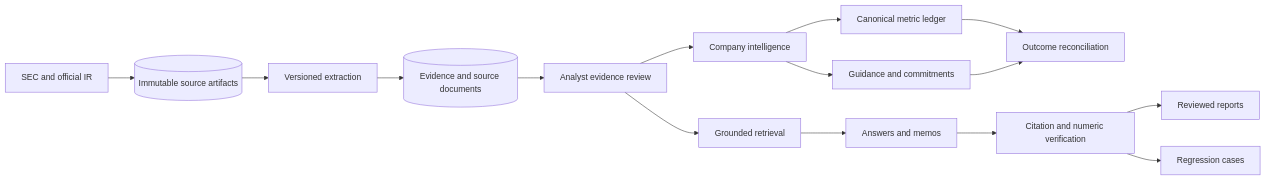
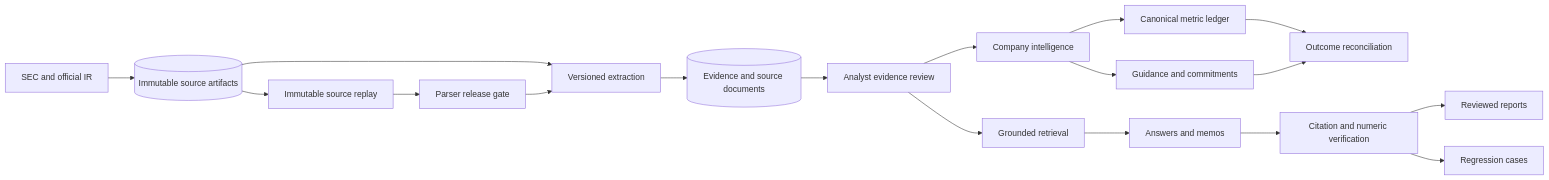
The diagram in docs/architecture/README.md (timwong101/ai-infra-terminal), drawn with Mermaid before and after one commit. The commit also changed other lines of this file and 26 other files, not shown here.

Commit message:
feat: gate parsers with real source benchmarks

````diff
--- a/docs/architecture/README.md
+++ b/docs/architecture/README.md
@@ -7,17 +7,20 @@
 ```mermaid
 flowchart LR
   SOURCES[SEC and official IR] --> ARCHIVE[(Immutable source artifacts)]
   ARCHIVE --> INGEST[Versioned extraction]
+  ARCHIVE --> SOURCEEVAL[Immutable source replay]
+  SOURCEEVAL --> PARSERGATE[Parser release gate]
+  PARSERGATE --> INGEST
   INGEST --> EVIDENCE[(Evidence and source documents)]
   EVIDENCE --> REVIEW[Analyst evidence review]
   REVIEW --> RETRIEVAL[Grounded retrieval]
   REVIEW --> INTEL[Company intelligence]
   INTEL --> METRICS[Canonical metric ledger]
   INTEL --> COMMITMENTS[Guidance and commitments]
   METRICS --> OUTCOMES[Outcome reconciliation]
   COMMITMENTS --> OUTCOMES
   RETRIEVAL --> ANSWERS[Answers and memos]
   ANSWERS --> VERIFY[Citation and numeric verification]
   VERIFY --> REPORTS[Reviewed reports]
   VERIFY --> EVALS[Regression cases]
 ```
````
